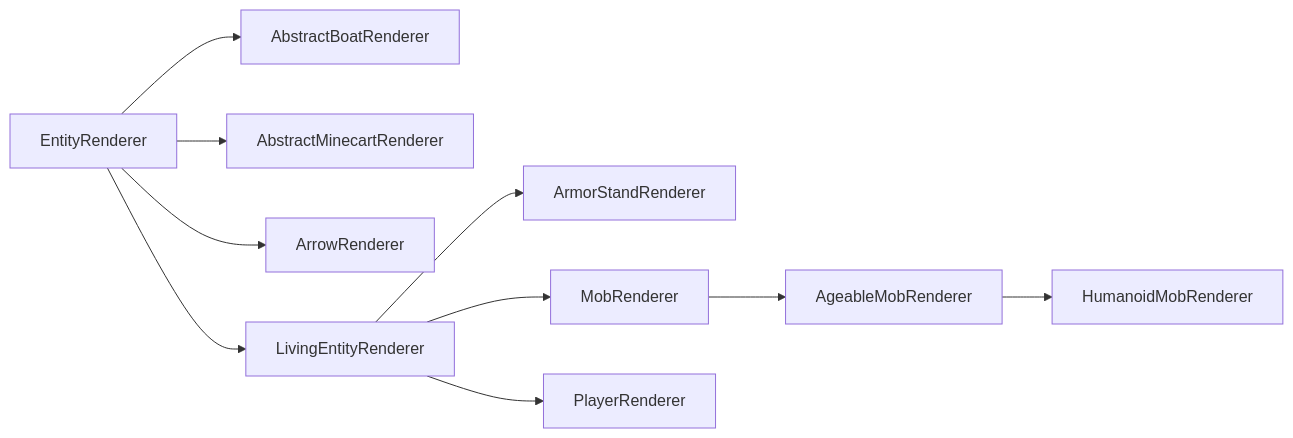
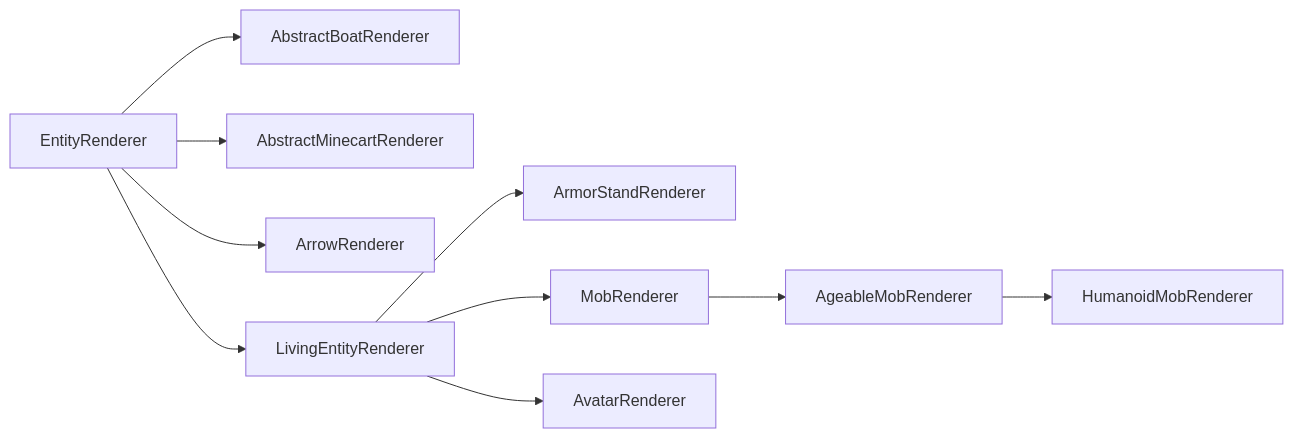
The diagram in docs/entities/renderer.md (neoforged/Documentation), drawn with Mermaid before and after one commit. The commit also changed other lines of this file and 6 other files, not shown here.

````diff
--- a/docs/entities/renderer.md
+++ b/docs/entities/renderer.md
@@ -115,15 +116,15 @@
 ```mermaid
 graph LR;
     EntityRenderer-->AbstractBoatRenderer;
     EntityRenderer-->AbstractMinecartRenderer;
     EntityRenderer-->ArrowRenderer;
     EntityRenderer-->LivingEntityRenderer;
     LivingEntityRenderer-->ArmorStandRenderer;
     LivingEntityRenderer-->MobRenderer;
     MobRenderer-->AgeableMobRenderer;
     AgeableMobRenderer-->HumanoidMobRenderer;
-    LivingEntityRenderer-->PlayerRenderer;
+    LivingEntityRenderer-->AvatarRenderer;
     
     class EntityRenderer,AbstractBoatRenderer,AbstractMinecartRenderer,ArrowRenderer,LivingEntityRenderer,MobRenderer,AgeableMobRenderer,HumanoidMobRenderer red;
-    class ArmorStandRenderer,PlayerRenderer blue;
+    class ArmorStandRenderer,AvatarRenderer blue;
 ```
````
